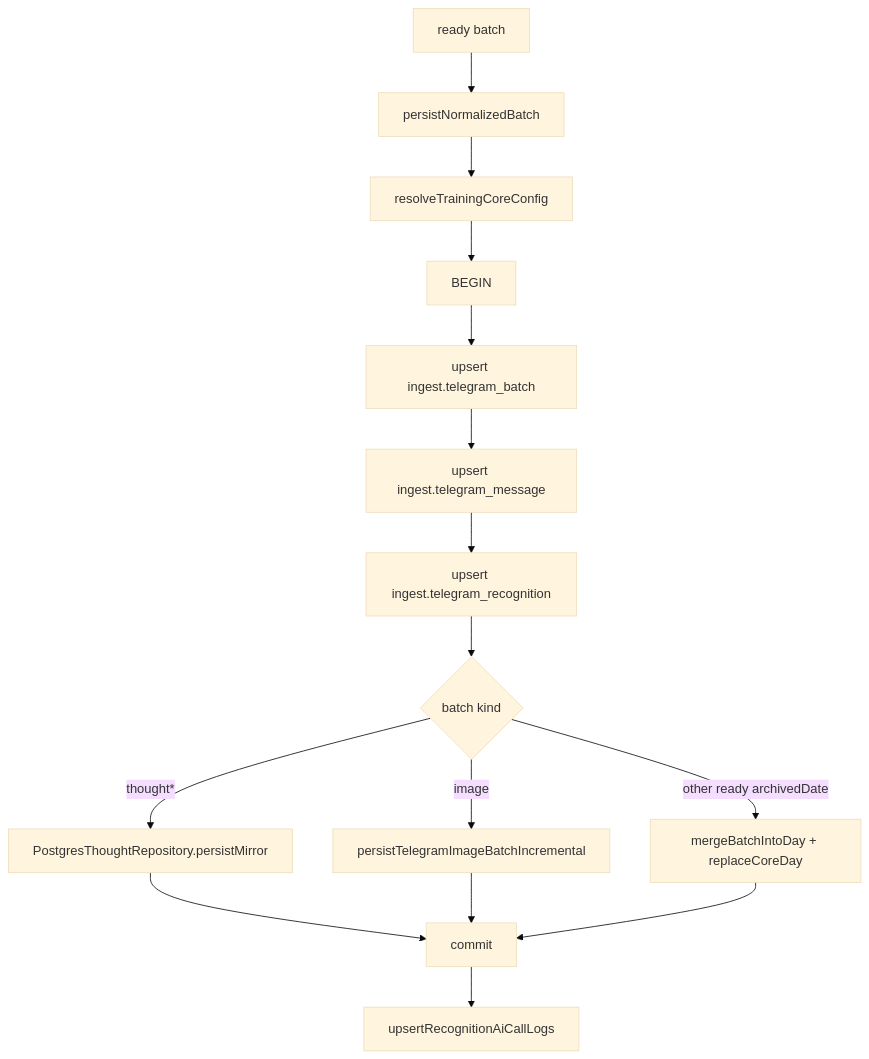
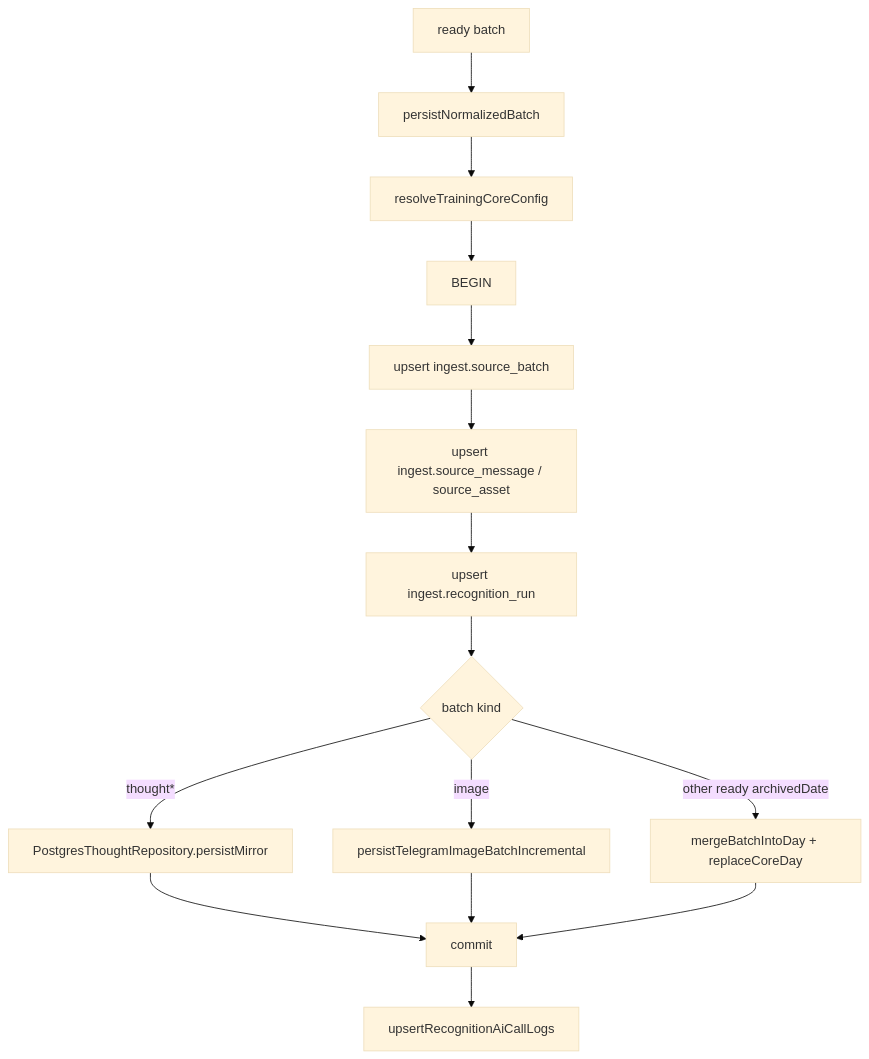
One commit to soulgo/training_records changed the diagram in docs/02_系统核心逻辑/数据入库流程.md. Above: the diagram before and after it, drawn with Mermaid (base theme). The commit also changed other lines of this file and 75 other files, not shown here.

Commit message:
重构：升级通用截图识别与数据链路

````diff
--- a/docs/02_系统核心逻辑/数据入库流程.md
+++ b/docs/02_系统核心逻辑/数据入库流程.md
@@ -5,17 +5,17 @@
 ```mermaid
 flowchart TD
   A[ready batch] --> B[persistNormalizedBatch]
   B --> C[resolveTrainingCoreConfig]
   C --> F[BEGIN]
-  F --> G[upsert ingest.telegram_batch]
-  G --> H[upsert ingest.telegram_message]
-  H --> I[upsert ingest.telegram_recognition]
+  F --> G[upsert ingest.source_batch]
+  G --> H[upsert ingest.source_message / source_asset]
+  H --> I[upsert ingest.recognition_run]
   I --> J{batch kind}
   J -->|thought*| K[PostgresThoughtRepository.persistMirror]
   J -->|image| L[persistTelegramImageBatchIncremental]
   J -->|other ready archivedDate| M[mergeBatchIntoDay + replaceCoreDay]
   K --> N[commit]
   L --> N
   M --> N
   N --> O[upsertRecognitionAiCallLogs]
 ```
````
